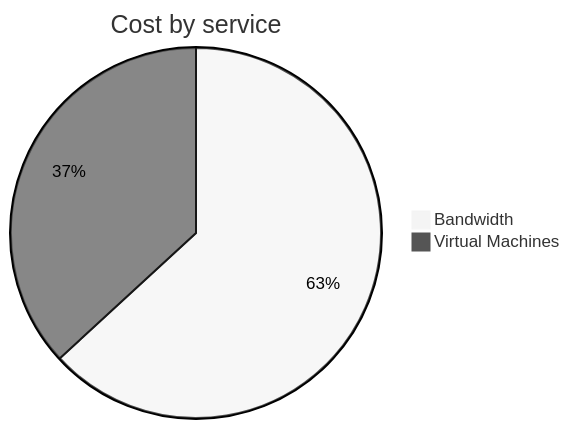
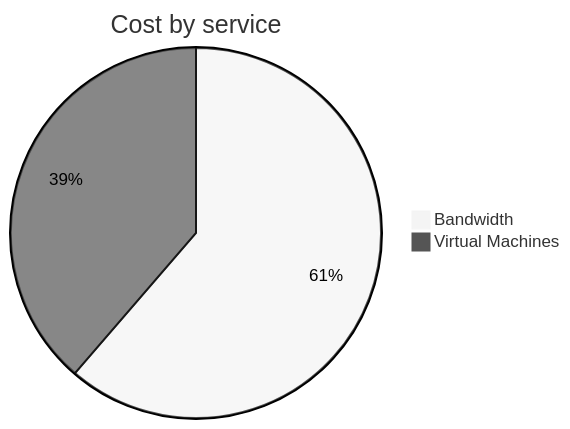
One commit to jpfulton/azure-personal-reports changed the second of 4 diagrams in cost-reports/personal-network/vpn-server.md. Above: the diagram before and after it, drawn with Mermaid (neutral theme). The commit also changed other lines of this file and 8 other files, not shown here.

````diff
--- a/cost-reports/personal-network/vpn-server.md
+++ b/cost-reports/personal-network/vpn-server.md
@@ -96,6 +96,6 @@
 ```mermaid
 pie
    title Cost by service
    "Bandwidth" : 4.68
-   "Virtual Machines" : 2.73
+   "Virtual Machines" : 2.95
 ```
````
